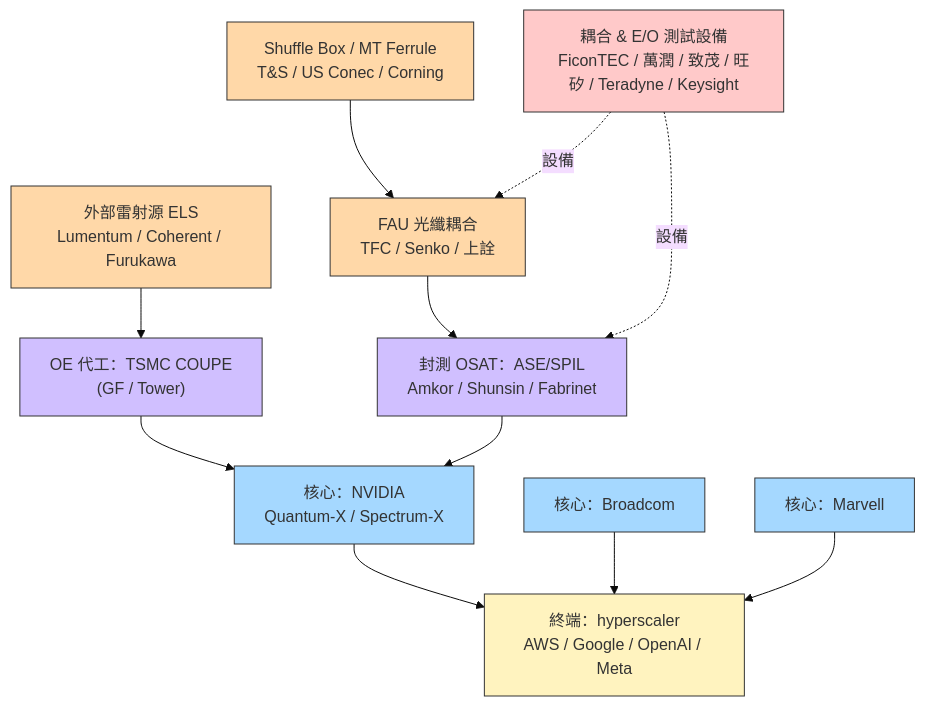
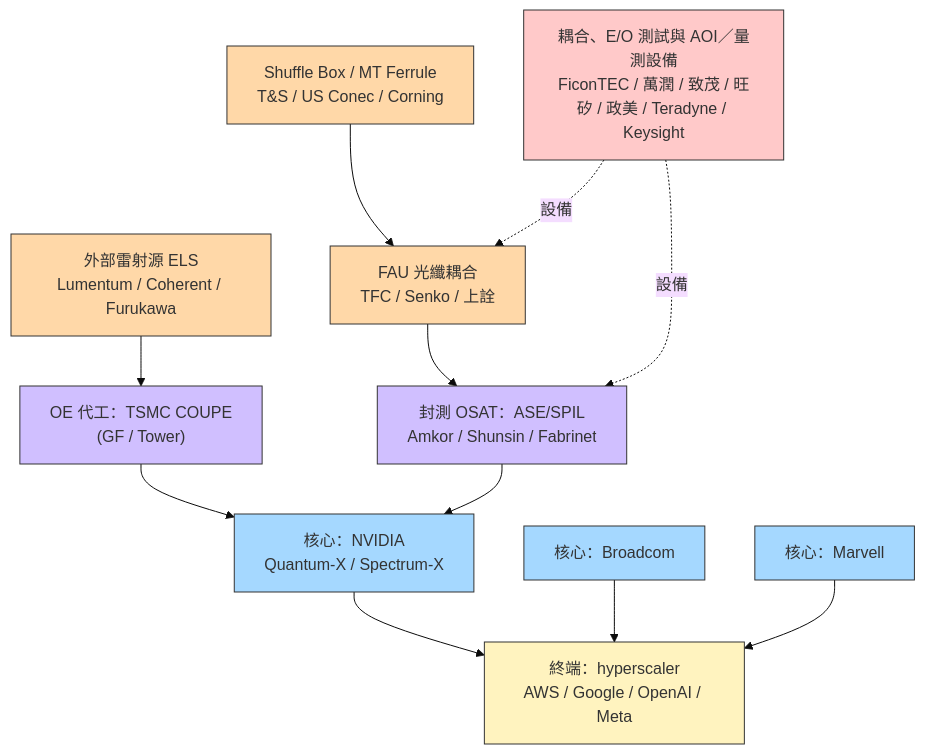
One commit to kevn950324/wiki_Stockv2 changed the diagram in content/lib/3.supply_chain/供應鏈_CPO.md. Above: the diagram before and after it, drawn with Mermaid (base theme). The commit also changed other lines of this file and 108 other files, not shown here.

````diff
--- a/content/lib/3.supply_chain/供應鏈_CPO.md
+++ b/content/lib/3.supply_chain/供應鏈_CPO.md
@@ -22,35 +22,35 @@
 ```mermaid
 flowchart TD
     CSP["終端：hyperscaler<br/>AWS / Google / OpenAI / Meta"]
     NV["核心：NVIDIA<br/>Quantum-X / Spectrum-X"]
     AVGO["核心：Broadcom"]
     MRVL["核心：Marvell"]
     FAB["OE 代工：TSMC COUPE<br/>(GF / Tower)"]
     OSAT["封測 OSAT：ASE/SPIL<br/>Amkor / Shunsin / Fabrinet"]
     ELS["外部雷射源 ELS<br/>Lumentum / Coherent / Furukawa"]
     FAU["FAU 光纖耦合<br/>TFC / Senko / 上詮"]
     SHF["Shuffle Box / MT Ferrule<br/>T&S / US Conec / Corning"]
-    EQ["耦合 & E/O 測試設備<br/>FiconTEC / 萬潤 / 致茂 / 旺矽 / Teradyne / Keysight"]
+    EQ["耦合、E/O 測試與 AOI／量測設備<br/>FiconTEC / 萬潤 / 致茂 / 旺矽 / 政美 / Teradyne / Keysight"]
 
     NV --> CSP
     AVGO --> CSP
     MRVL --> CSP
     FAB --> NV
     OSAT --> NV
     ELS --> FAB
     FAU --> OSAT
     SHF --> FAU
     EQ -. 設備 .-> OSAT
     EQ -. 設備 .-> FAU
 
     classDef core fill:#a5d8ff,stroke:#333
     classDef proc fill:#d0bfff,stroke:#333
     classDef mat fill:#ffd8a8,stroke:#333
     classDef equip fill:#ffc9c9,stroke:#333
     classDef cust fill:#fff3bf,stroke:#333
     class NV,AVGO,MRVL core
     class FAB,OSAT proc
     class ELS,FAU,SHF mat
     class EQ equip
     class CSP cust
 ```
````
